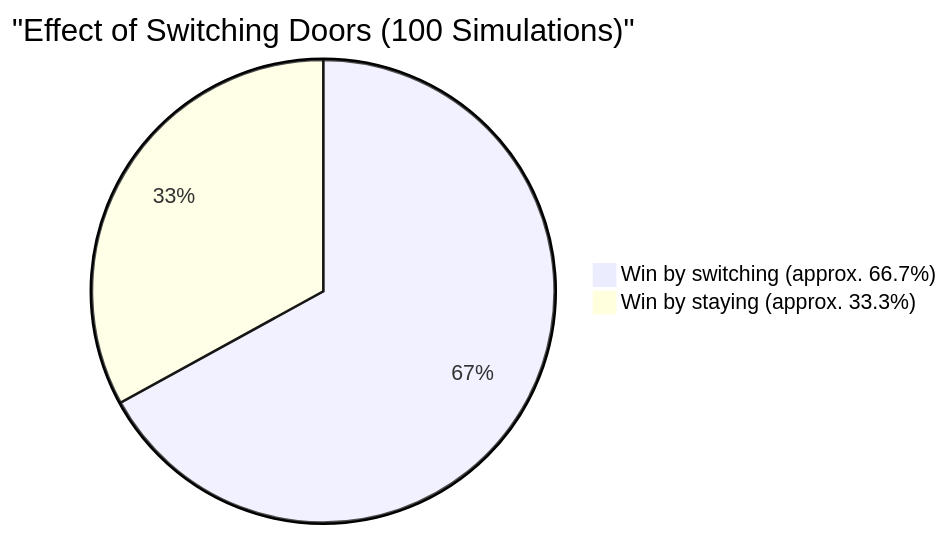
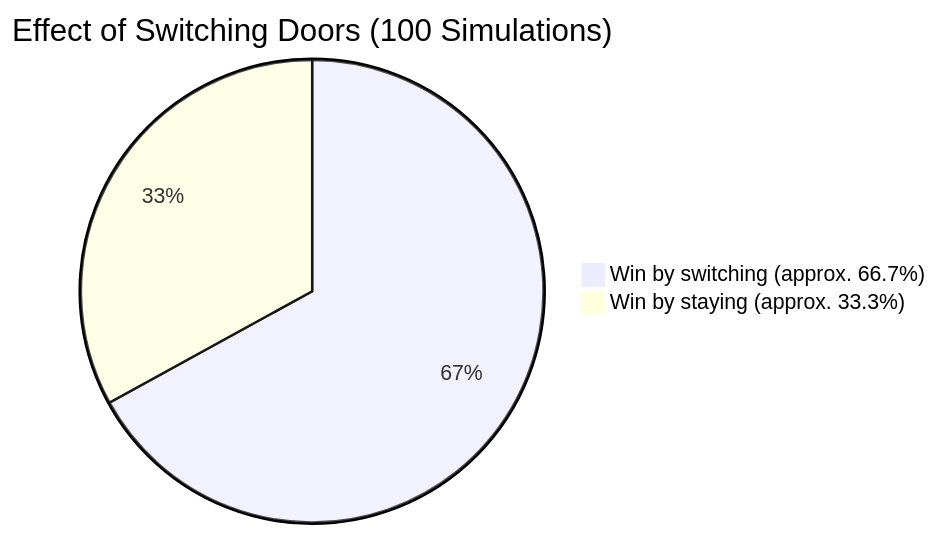
One commit to kenjinote/blog changed the second of 2 diagrams in content/post/モンティ・ホール問題/index.en.md. Above: the diagram before and after it, drawn with Mermaid. The commit also changed other lines of this file and 703 other files, not shown here.

Commit message:
Fix: Remove quotes from Mermaid link texts and timeline definitions to support Mermaid 11.4.1

````diff
--- a/content/post/モンティ・ホール問題/index.en.md
+++ b/content/post/モンティ・ホール問題/index.en.md
@@ -162,5 +162,5 @@
 ```mermaid
-pie title "Effect of Switching Doors (100 Simulations)"
+pie title Effect of Switching Doors (100 Simulations)
     "Win by switching (approx. 66.7%)" : 67
     "Win by staying (approx. 33.3%)" : 33
 ```
````
